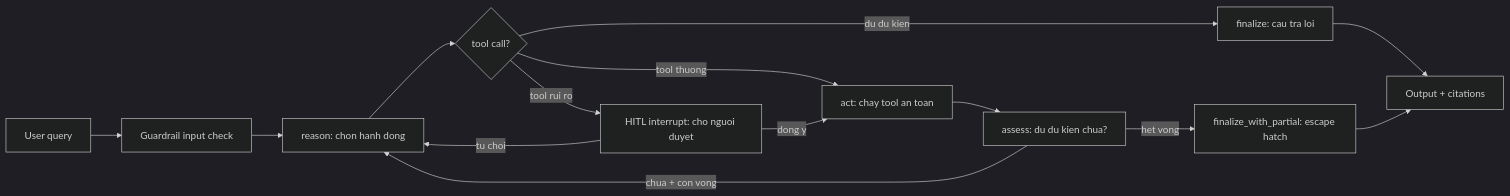
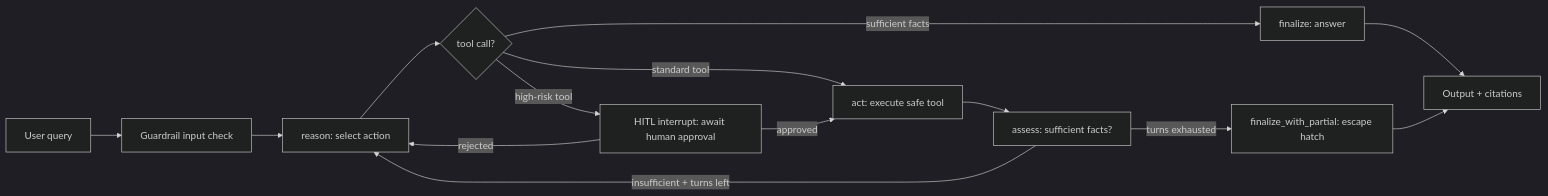
The first of 2 diagrams in knowledge-base/technical-book/chapter-04.md (Dokhacgiakhoa/Project-Builder-4-Agents), drawn with Mermaid (dark theme) before and after one commit. The commit also changed other lines of this file and 62 other files, not shown here.

````diff
--- a/knowledge-base/technical-book/chapter-04.md
+++ b/knowledge-base/technical-book/chapter-04.md
@@ -1073,16 +1073,16 @@
 ```mermaid
 flowchart LR
     IN[User query] --> GR[Guardrail input check]
-    GR --> RS[reason: chon hanh dong]
+    GR --> RS[reason: select action]
     RS --> RT{tool call?}
-    RT -->|tool thuong| ACT[act: chay tool an toan]
-    RT -->|tool rui ro| HUMAN["HITL interrupt: cho nguoi duyet"]
-    RT -->|du du kien| FIN[finalize: cau tra loi]
-    HUMAN -->|dong y| ACT
-    HUMAN -->|tu choi| RS
-    ACT --> AS[assess: du du kien chua?]
-    AS -->|chua + con vong| RS
-    AS -->|het vong| ESC[finalize_with_partial: escape hatch]
+    RT -->|standard tool| ACT[act: execute safe tool]
+    RT -->|high-risk tool| HUMAN["HITL interrupt: await human approval"]
+    RT -->|sufficient facts| FIN[finalize: answer]
+    HUMAN -->|approved| ACT
+    HUMAN -->|rejected| RS
+    ACT --> AS[assess: sufficient facts?]
+    AS -->|insufficient + turns left| RS
+    AS -->|turns exhausted| ESC[finalize_with_partial: escape hatch]
     FIN --> OUT[Output + citations]
     ESC --> OUT
 ```
````
